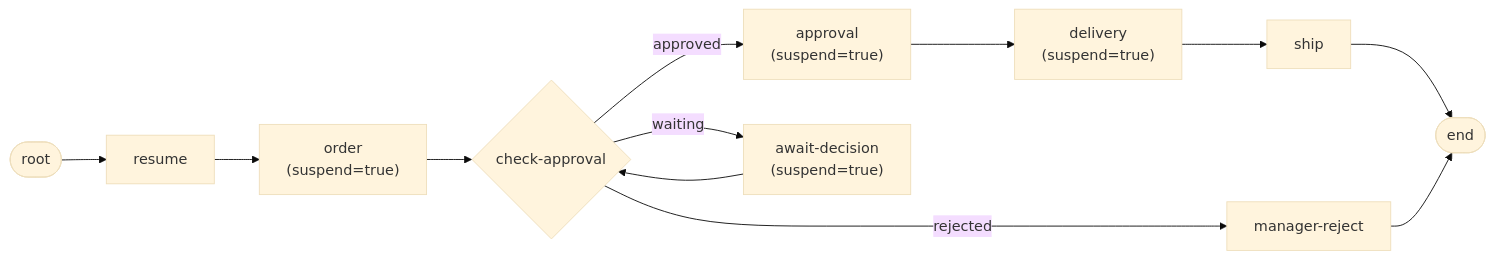
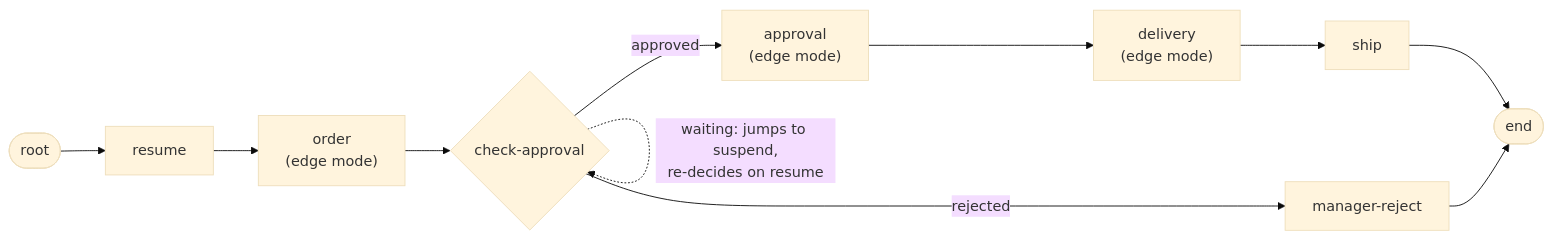
One commit to Accenture/mercury-composable changed the diagram in docs/guides/knowledge-graph/workflow-suspension.md. Above: the diagram before and after it, drawn with Mermaid (base theme). The commit also changed other lines of this file and 27 other files, not shown here.

First line of the commit message:
Suspension is a destination: edge and jump modes replace suspend=true (ADR-0012) (#265)

````diff
--- a/docs/guides/knowledge-graph/workflow-suspension.md
+++ b/docs/guides/knowledge-graph/workflow-suspension.md
@@ -102,7 +119,7 @@
 ```mermaid
 flowchart LR
-    root(["root"]) --> resume --> order["order<br>(suspend=true)"] --> check{"check-approval"}
-    check -->|approved| approval["approval<br>(suspend=true)"] --> delivery["delivery<br>(suspend=true)"] --> ship --> done(["end"])
+    root(["root"]) --> resume --> order["order<br>(edge mode)"] --> check{"check-approval"}
+    check -->|approved| approval["approval<br>(edge mode)"] --> delivery["delivery<br>(edge mode)"] --> ship --> done(["end"])
     check -->|rejected| reject["manager-reject"] --> done
-    check -->|waiting| await["await-decision<br>(suspend=true)"] --> check
+    check -.->|waiting: jumps to suspend,<br>re-decides on resume| check
 ```
````
